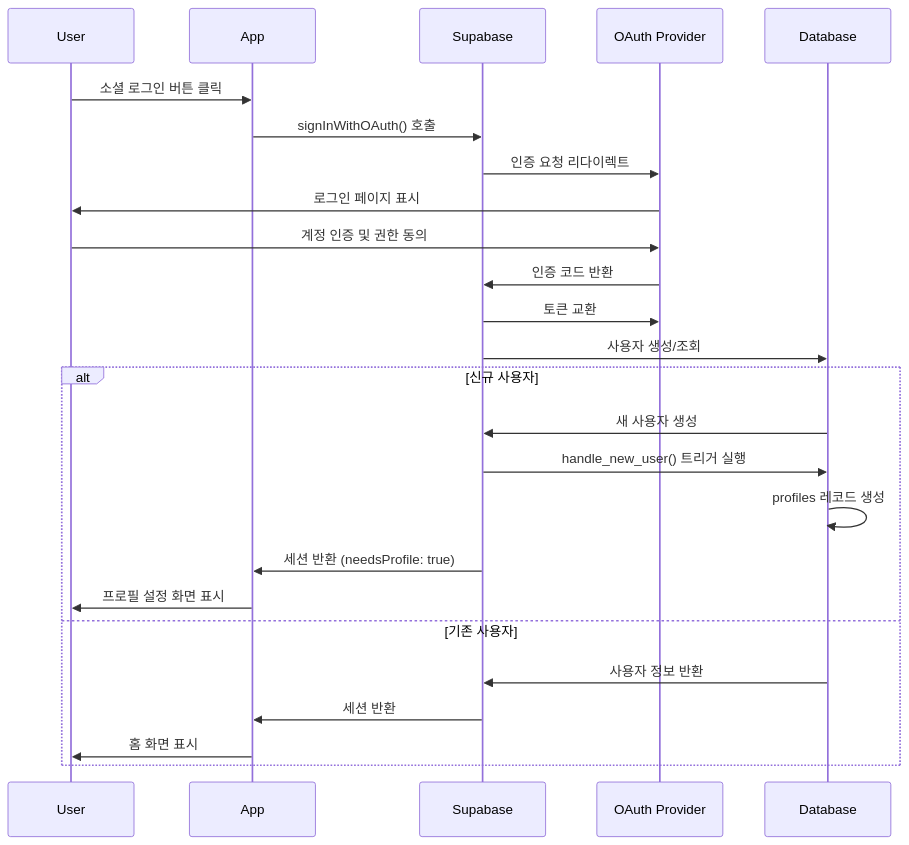
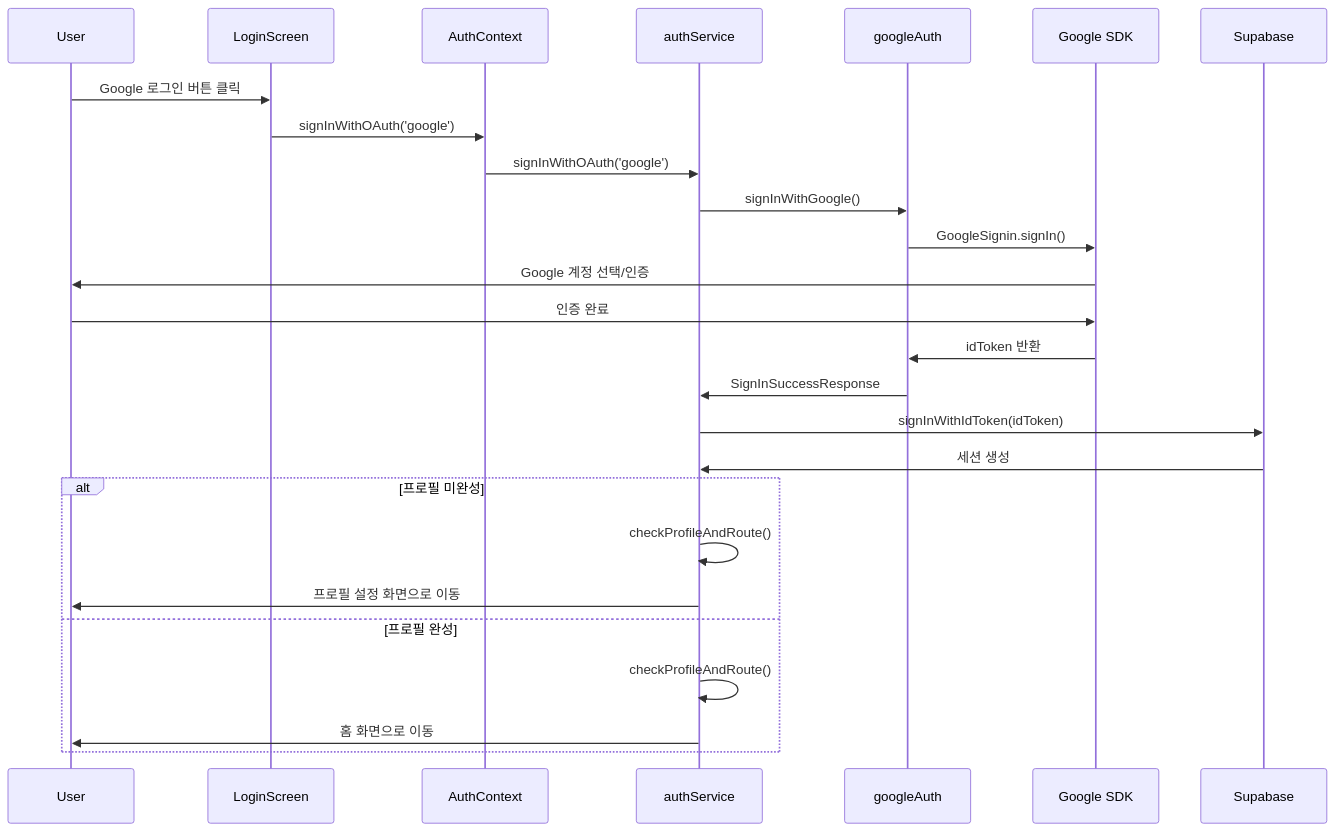
One commit to kihyeoon/bugie changed the diagram in specs/authentication/design.md. Above: the diagram before and after it, drawn with Mermaid. The commit also changed other lines of this file and 2 other files, not shown here.

````diff
--- a/specs/authentication/design.md
+++ b/specs/authentication/design.md
@@ -37,29 +36,30 @@
 ```mermaid
 sequenceDiagram
     participant User
-    participant App
+    participant LoginScreen
+    participant AuthContext
+    participant authService
+    participant googleAuth
+    participant Google SDK
     participant Supabase
-    participant OAuth Provider
-    participant Database
 
-    User->>App: 소셜 로그인 버튼 클릭
-    App->>Supabase: signInWithOAuth() 호출
-    Supabase->>OAuth Provider: 인증 요청 리다이렉트
-    OAuth Provider->>User: 로그인 페이지 표시
-    User->>OAuth Provider: 계정 인증 및 권한 동의
-    OAuth Provider->>Supabase: 인증 코드 반환
-    Supabase->>OAuth Provider: 토큰 교환
-    Supabase->>Database: 사용자 생성/조회
-    
-    alt 신규 사용자
-        Database->>Supabase: 새 사용자 생성
-        Supabase->>Database: handle_new_user() 트리거 실행
-        Database->>Database: profiles 레코드 생성
-        Supabase->>App: 세션 반환 (needsProfile: true)
-        App->>User: 프로필 설정 화면 표시
-    else 기존 사용자
-        Database->>Supabase: 사용자 정보 반환
-        Supabase->>App: 세션 반환
-        App->>User: 홈 화면 표시
+    User->>LoginScreen: Google 로그인 버튼 클릭
+    LoginScreen->>AuthContext: signInWithOAuth('google')
+    AuthContext->>authService: signInWithOAuth('google')
+    authService->>googleAuth: signInWithGoogle()
+    googleAuth->>Google SDK: GoogleSignin.signIn()
+    Google SDK->>User: Google 계정 선택/인증
+    User->>Google SDK: 인증 완료
+    Google SDK->>googleAuth: idToken 반환
+    googleAuth->>authService: SignInSuccessResponse
+    authService->>Supabase: signInWithIdToken(idToken)
+    Supabase->>authService: 세션 생성
+
+    alt 프로필 미완성
+        authService->>authService: checkProfileAndRoute()
+        authService->>User: 프로필 설정 화면으로 이동
+    else 프로필 완성
+        authService->>authService: checkProfileAndRoute()
+        authService->>User: 홈 화면으로 이동
     end
 ```
````
